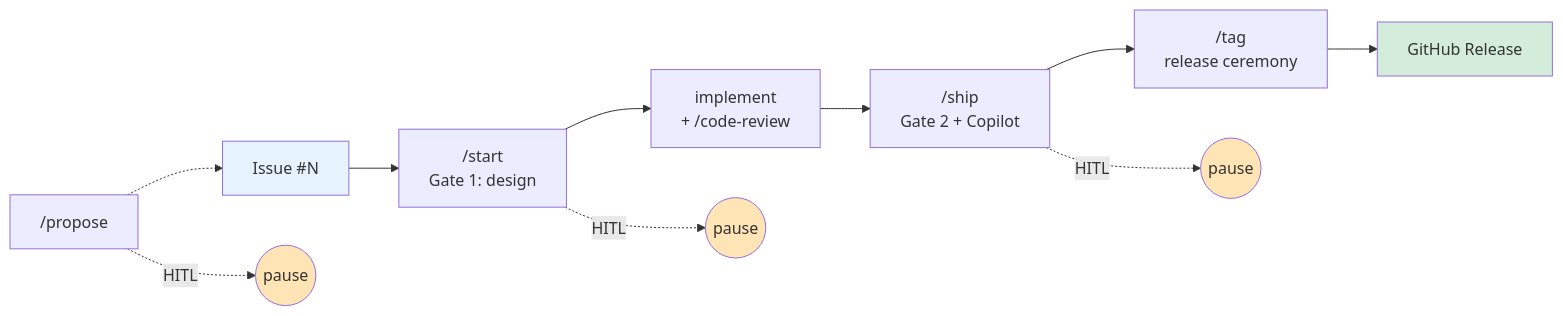
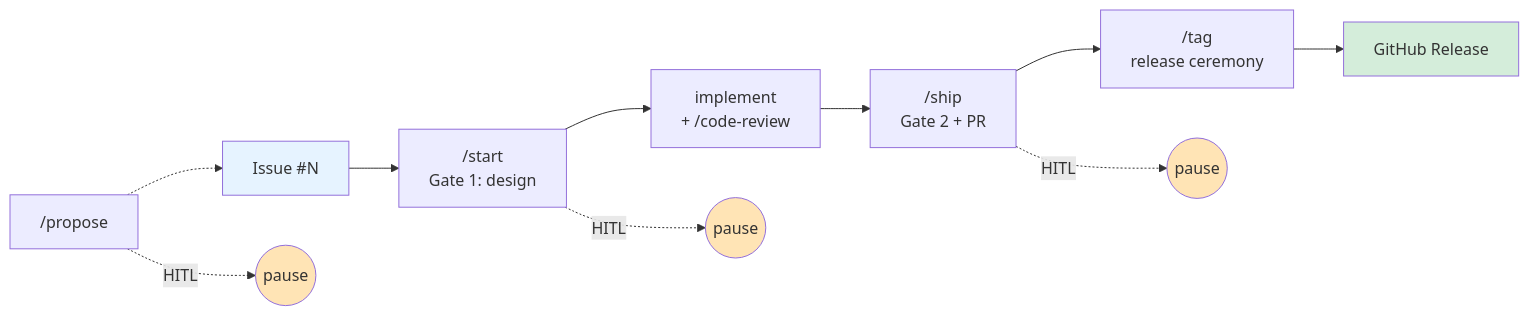
One commit to JFK/gh-issue-driven changed the diagram in README.md. Above: the diagram before and after it, drawn with Mermaid. The commit also changed other lines of this file and 14 other files, not shown here.

````diff
--- a/README.md
+++ b/README.md
@@ -15,19 +15,19 @@
 ```mermaid
 graph LR
     P["/propose"] -.-> I[Issue #N]
     I --> S["/start<br/>Gate 1: design"]
     S --> IMP["implement<br/>+ /code-review"]
-    IMP --> SH["/ship<br/>Gate 2 + Copilot"]
+    IMP --> SH["/ship<br/>Gate 2 + PR"]
     SH --> T["/tag<br/>release ceremony"]
     T --> R[GitHub Release]
 
     P -.HITL.-> H0((pause))
     S -.HITL.-> H1((pause))
     SH -.HITL.-> H2((pause))
 
     style H0 fill:#ffe4b5
     style H1 fill:#ffe4b5
     style H2 fill:#ffe4b5
     style I fill:#e6f3ff
     style R fill:#d4edda
 ```
````
